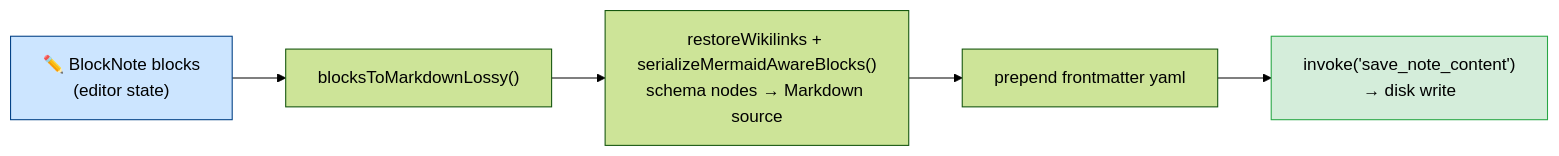
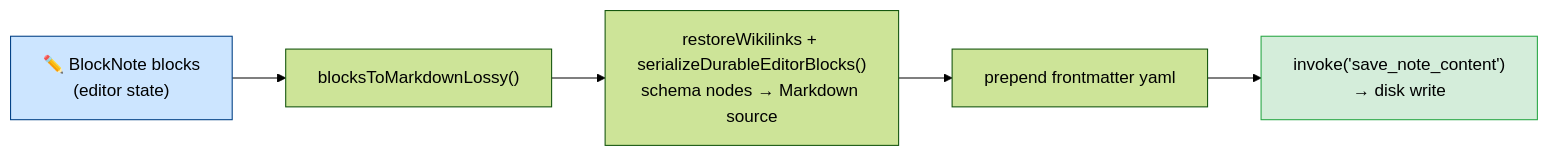
Before and after one commit to aimeritething/Fuwa: the third of 3 diagrams in docs/ABSTRACTIONS.md, drawn with Mermaid (forest theme). The commit also changed other lines of this file and 12 other files, not shown here.

Commit message:
refactor(editor): share durable block codecs

````diff
--- a/docs/ABSTRACTIONS.md
+++ b/docs/ABSTRACTIONS.md
@@ -604,10 +604,10 @@
 ```mermaid
 flowchart LR
     A["✏️ BlockNote blocks\n(editor state)"] --> B["blocksToMarkdownLossy()"]
-    B --> C["restoreWikilinks + serializeMermaidAwareBlocks()\nschema nodes → Markdown source"]
+    B --> C["restoreWikilinks + serializeDurableEditorBlocks()\nschema nodes → Markdown source"]
     C --> D["prepend frontmatter yaml"]
     D --> E["invoke('save_note_content')\n→ disk write"]
 
     style A fill:#cce5ff,stroke:#004085,color:#000
     style E fill:#d4edda,stroke:#28a745,color:#000
 ```
````
